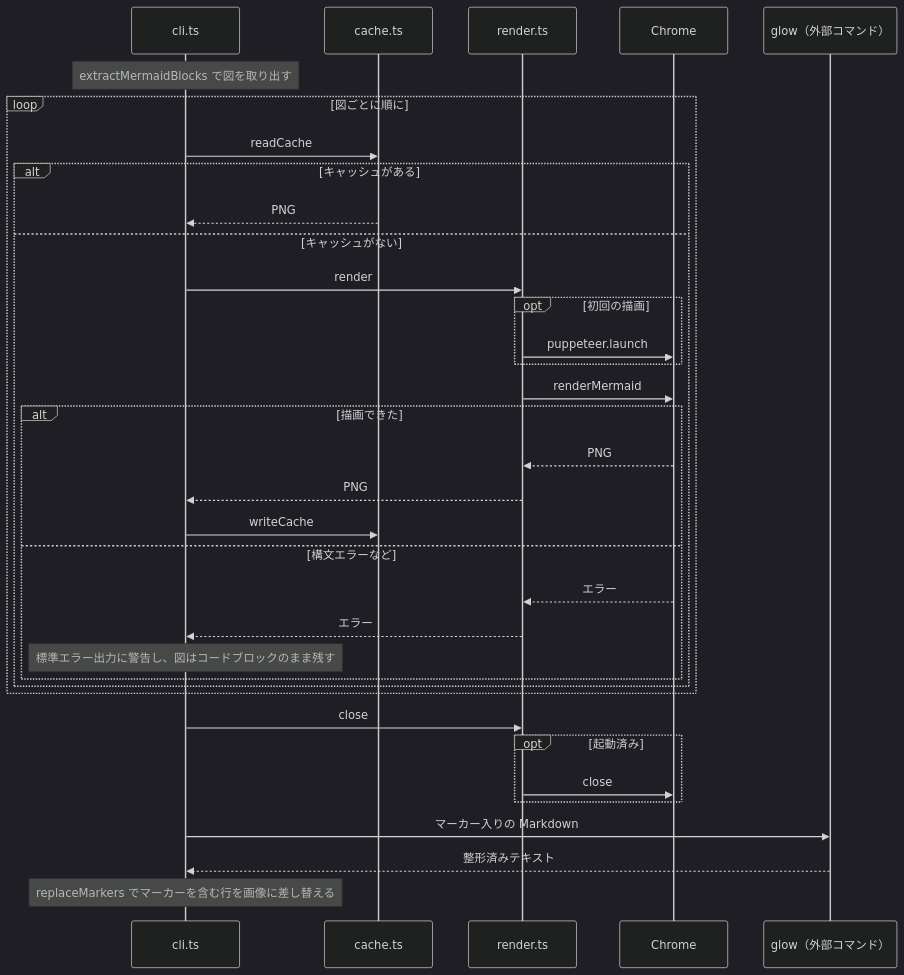
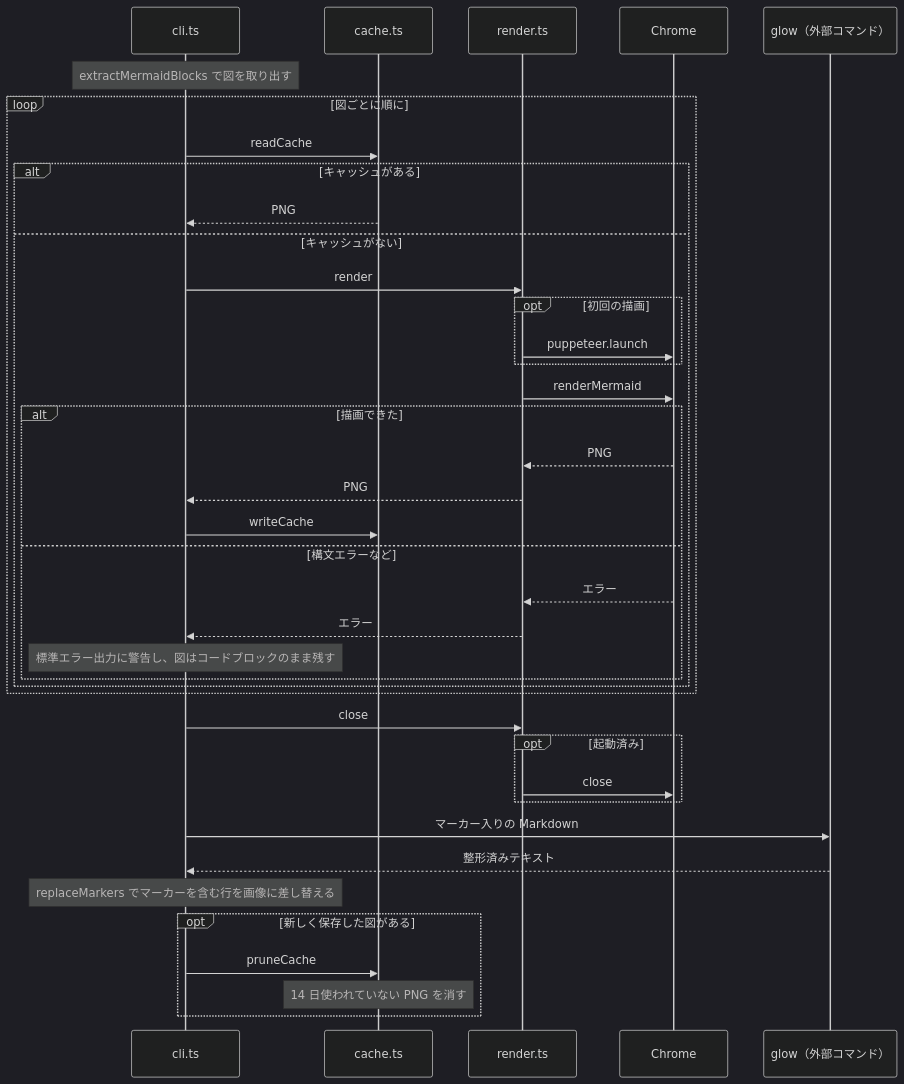
The second of 2 diagrams in src/README.md (ryoooosk/mdview), drawn with Mermaid (dark theme) before and after one commit. The commit also changed other lines of this file and 3 other files, not shown here.

````diff
--- a/src/README.md
+++ b/src/README.md
@@ -38,38 +38,42 @@
 ```mermaid
 sequenceDiagram
     participant cli as cli.ts
     participant cache as cache.ts
     participant render as render.ts
     participant chrome as Chrome
     participant glow as glow（外部コマンド）
 
     Note over cli: extractMermaidBlocks で図を取り出す
     loop 図ごとに順に
         cli->>cache: readCache
         alt キャッシュがある
             cache-->>cli: PNG
         else キャッシュがない
             cli->>render: render
             opt 初回の描画
                 render->>chrome: puppeteer.launch
             end
             render->>chrome: renderMermaid
             alt 描画できた
                 chrome-->>render: PNG
                 render-->>cli: PNG
                 cli->>cache: writeCache
             else 構文エラーなど
                 chrome-->>render: エラー
                 render-->>cli: エラー
                 Note over cli: 標準エラー出力に警告し、図はコードブロックのまま残す
             end
         end
     end
     cli->>render: close
     opt 起動済み
         render->>chrome: close
     end
     cli->>glow: マーカー入りの Markdown
     glow-->>cli: 整形済みテキスト
     Note over cli: replaceMarkers でマーカーを含む行を画像に差し替える
+    opt 新しく保存した図がある
+        cli->>cache: pruneCache
+        Note over cache: 14 日使われていない PNG を消す
+    end
 ```
````
